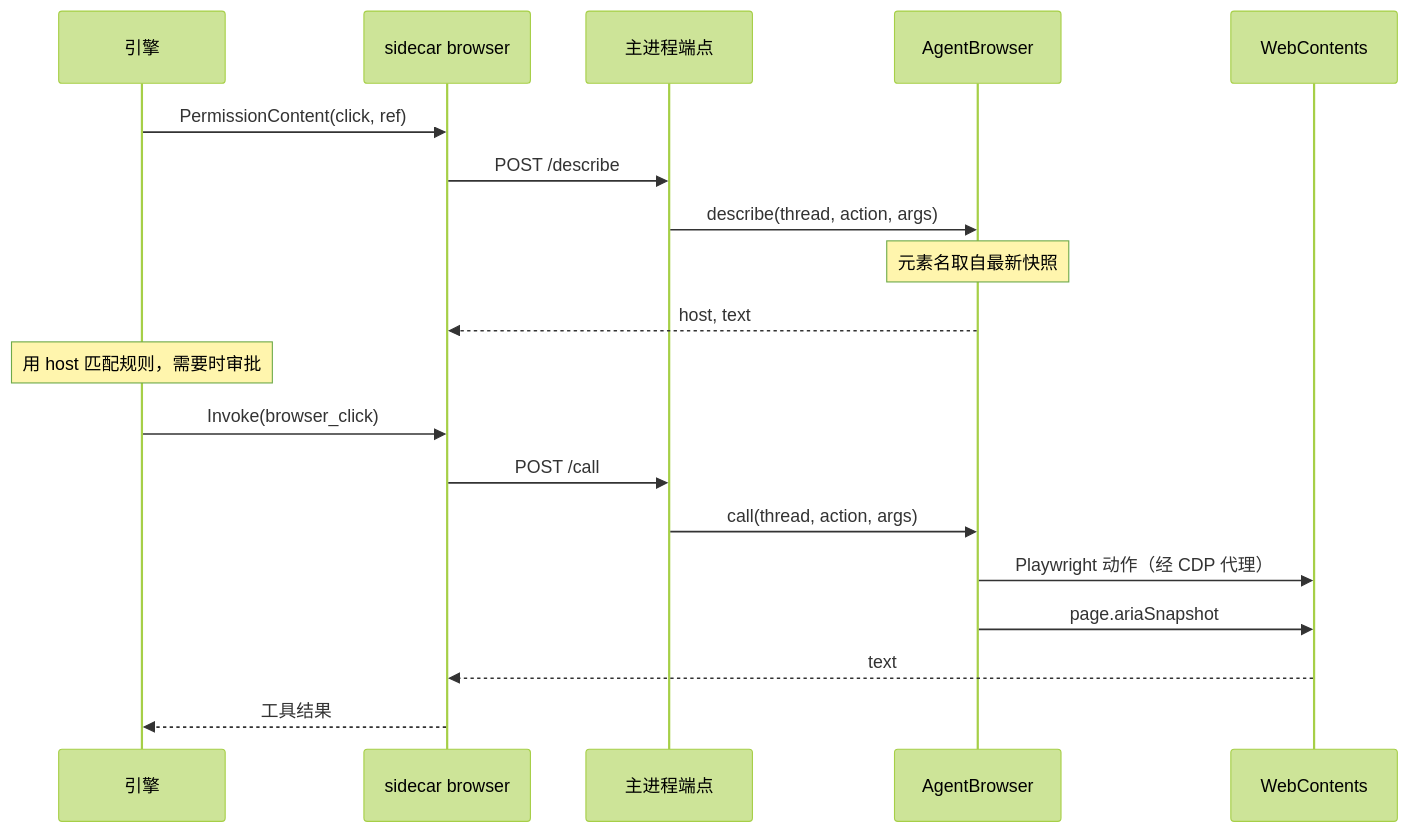
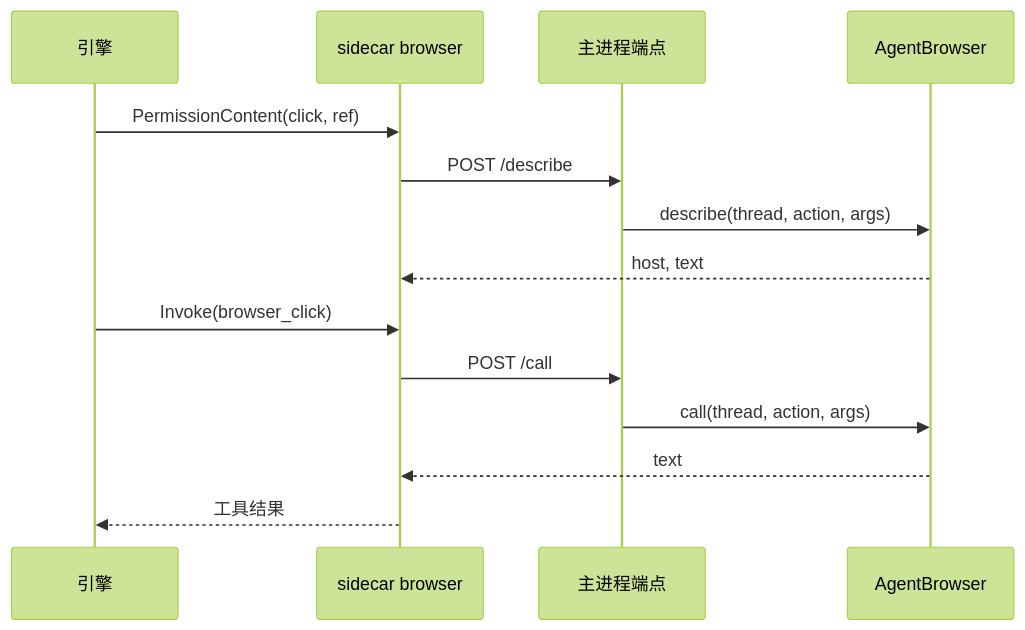
The diagram in docs/zh/desktop/browser.md (0xfakeSpike/ollupi-docs), drawn with Mermaid (forest theme) before and after one commit. The commit also changed other lines of this file and 67 other files, not shown here.

````diff
--- a/docs/zh/desktop/browser.md
+++ b/docs/zh/desktop/browser.md
@@ -52,21 +39,16 @@
 ```mermaid
 sequenceDiagram
   participant E as 引擎
   participant S as sidecar browser
   participant P as 主进程端点
   participant B as AgentBrowser
-  participant W as WebContents
   E->>S: PermissionContent(click, ref)
   S->>P: POST /describe
   P->>B: describe(thread, action, args)
-  Note over B: 元素名取自最新快照
   B-->>S: host, text
-  Note over E: 用 host 匹配规则，需要时审批
   E->>S: Invoke(browser_click)
   S->>P: POST /call
   P->>B: call(thread, action, args)
-  B->>W: Playwright 动作（经 CDP 代理）
-  B->>W: page.ariaSnapshot
-  W-->>S: text
+  B-->>S: text
   S-->>E: 工具结果
 ```
````
